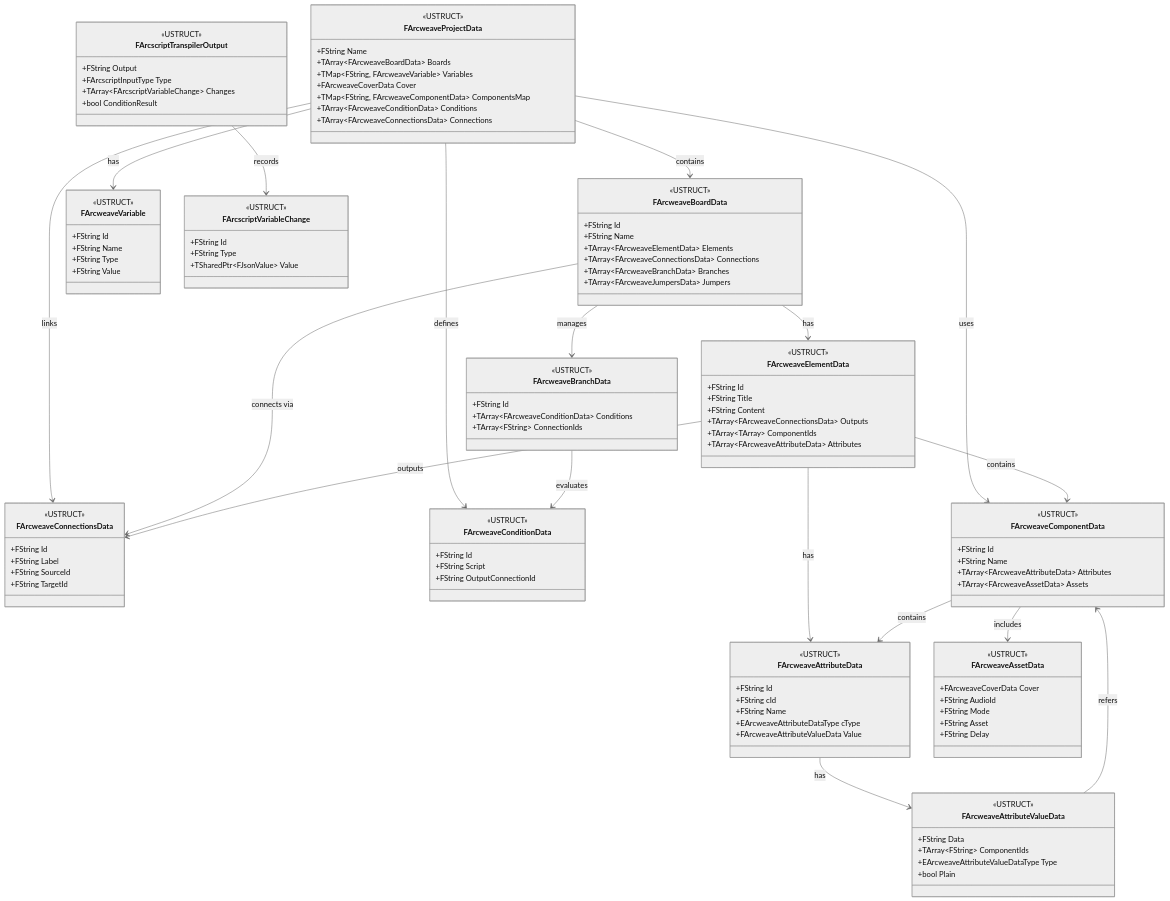
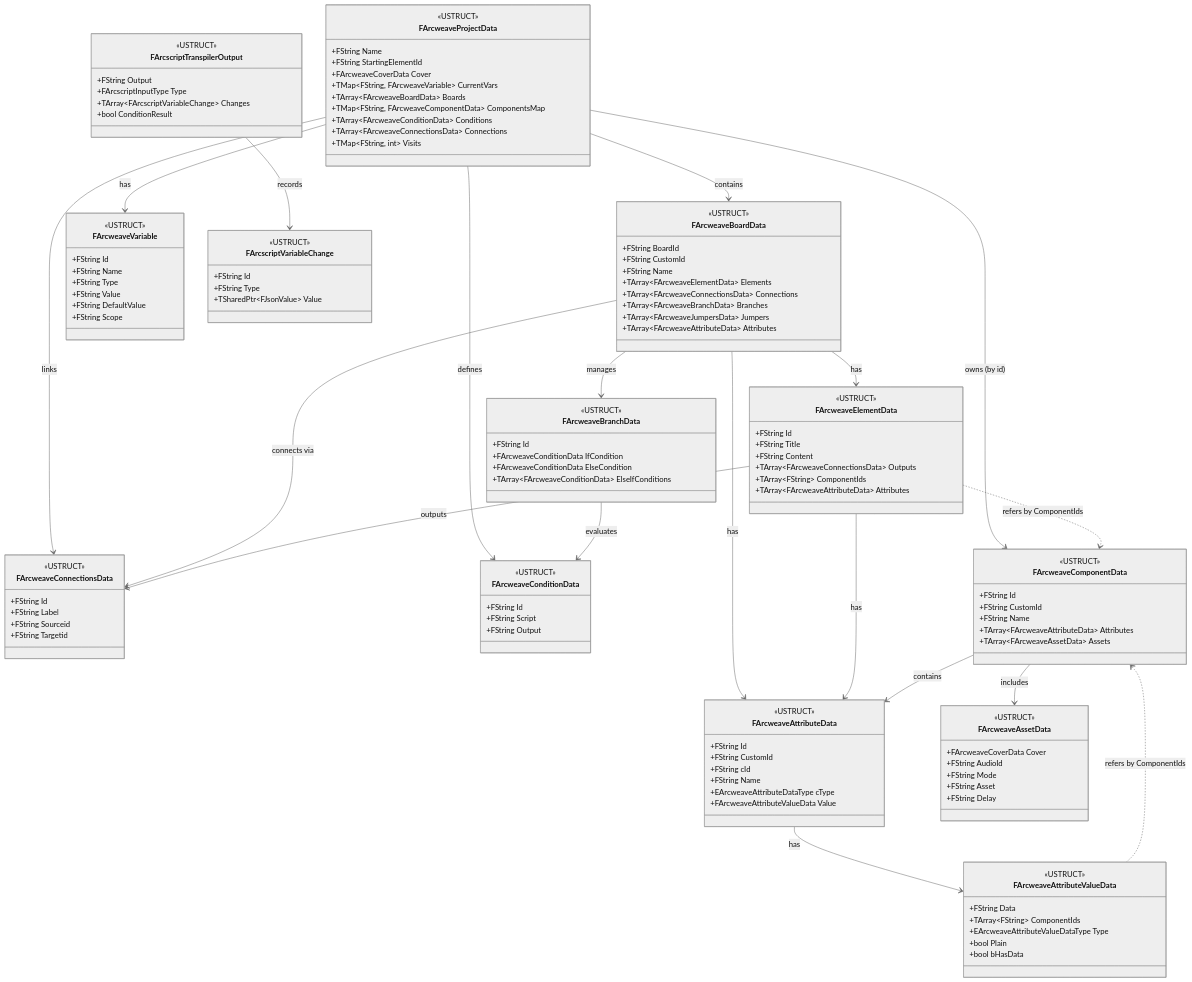
The diagram in docs/DataDiagramClassUML.md (arcweave/arcweave-unreal-plugin), drawn with Mermaid (neutral theme) before and after one commit. The commit also changed other lines of this file and 6 other files, not shown here.

````diff
--- a/docs/DataDiagramClassUML.md
+++ b/docs/DataDiagramClassUML.md
@@ -1,265 +1,144 @@
 ```mermaid
-
-
-
 classDiagram
-
 direction TB
 
-   class FArcweaveProjectData {
+class FArcweaveProjectData {
+    +FString Name
+    +FString StartingElementId
+    +FArcweaveCoverData Cover
+    +TMap~FString, FArcweaveVariable~ CurrentVars
+    +TArray~FArcweaveBoardData~ Boards
+    +TMap~FString, FArcweaveComponentData~ ComponentsMap
+    +TArray~FArcweaveConditionData~ Conditions
+    +TArray~FArcweaveConnectionsData~ Connections
+    +TMap~FString, int~ Visits
+}
 
+class FArcweaveBoardData {
+    +FString BoardId
+    +FString CustomId
     +FString Name
+    +TArray~FArcweaveElementData~ Elements
+    +TArray~FArcweaveConnectionsData~ Connections
+    +TArray~FArcweaveBranchData~ Branches
+    +TArray~FArcweaveJumpersData~ Jumpers
+    +TArray~FArcweaveAttributeData~ Attributes
+}
 
-    +TArray\~FArcweaveBoardData\~ Boards
+class FArcweaveElementData {
+    +FString Id
+    +FString Title
+    +FString Content
+    +TArray~FArcweaveConnectionsData~ Outputs
+    +TArray~FString~ ComponentIds
+    +TArray~FArcweaveAttributeData~ Attributes
+}
 
-    +TMap\~FString, FArcweaveVariable\~ Variables
+class FArcweaveConnectionsData {
+    +FString Id
+    +FString Label
+    +FString Sourceid
+    +FString Targetid
+}
 
+class FArcweaveVariable {
+    +FString Id
+    +FString Name
+    +FString Type
+    +FString Value
+    +FString DefaultValue
+    +FString Scope
+}
+
+class FArcweaveBranchData {
+    +FString Id
+    +FArcweaveConditionData IfCondition
+    +FArcweaveConditionData ElseCondition
+    +TArray~FArcweaveConditionData~ ElseIfConditions
+}
+
+class FArcweaveConditionData {
+    +FString Id
+    +FString Script
+    +FString Output
+}
+
+class FArcweaveComponentData {
+    +FString Id
+    +FString CustomId
+    +FString Name
+    +TArray~FArcweaveAttributeData~ Attributes
+    +TArray~FArcweaveAssetData~ Assets
+}
+
+class FArcscriptTranspilerOutput {
+    +FString Output
+    +FArcscriptInputType Type
+    +TArray~FArcscriptVariableChange~ Changes
+    +bool ConditionResult
+}
+
+class FArcweaveAttributeData {
+    +FString Id
+    +FString CustomId
+    +FString cId
+    +FString Name
+    +EArcweaveAttributeDataType cType
+    +FArcweaveAttributeValueData Value
+}
+
+class FArcweaveAssetData {
     +FArcweaveCoverData Cover
+    +FString AudioId
+    +FString Mode
+    +FString Asset
+    +FString Delay
+}
 
-    +TMap\~FString, FArcweaveComponentData\~ ComponentsMap
+class FArcscriptVariableChange {
+    +FString Id
+    +FString Type
+    +TSharedPtr~FJsonValue~ Value
+}
 
-    +TArray\~FArcweaveConditionData\~ Conditions
-
-    +TArray\~FArcweaveConnectionsData\~ Connections
-
-   }
-
-
-
-   class FArcweaveBoardData {
-
-    +FString Id
-
-    +FString Name
-
-    +TArray\~FArcweaveElementData\~ Elements
-
-    +TArray\~FArcweaveConnectionsData\~ Connections
-
-    +TArray\~FArcweaveBranchData\~ Branches
-
-    +TArray\~FArcweaveJumpersData\~ Jumpers
-
-   }
-
-
-
-   class FArcweaveElementData {
-
-    +FString Id
-
-    +FString Title
-
-    +FString Content
-
-    +TArray\~FArcweaveConnectionsData\~ Outputs
-
-    +TArray\~TArray<FString>\~ ComponentIds
-
-    +TArray\~FArcweaveAttributeData\~ Attributes
-
-   }
-
-
-
-   class FArcweaveConnectionsData {
-
-    +FString Id
-
-    +FString Label
-
-    +FString SourceId
-
-    +FString TargetId
-
-   }
-
-
-
-   class FArcweaveVariable {
-
-    +FString Id
-
-    +FString Name
-
-    +FString Type
-
-    +FString Value
-
-   }
-
-
-
-   class FArcweaveBranchData {
-
-    +FString Id
-
-    +TArray\~FArcweaveConditionData\~ Conditions
-
-    +TArray\~FString\~ ConnectionIds
-
-   }
-
-
-
-   class FArcweaveConditionData {
-
-    +FString Id
-
-    +FString Script
-
-    +FString OutputConnectionId
-
-   }
-
-
-
-   class FArcweaveComponentData {
-
-    +FString Id
-
-    +FString Name
-
-    +TArray\~FArcweaveAttributeData\~ Attributes
-
-    +TArray\~FArcweaveAssetData\~ Assets
-
-   }
-
-
-
-   class FArcscriptTranspilerOutput {
-
-    +FString Output
-
-    +FArcscriptInputType Type
-
-    +TArray\~FArcscriptVariableChange\~ Changes
-
-    +bool ConditionResult
-
-   }
-
-
-
-   class FArcweaveAttributeData {
-
-    +FString Id
-
-    +FString cId
-
-    +FString Name
-
-    +EArcweaveAttributeDataType cType
-
-    +FArcweaveAttributeValueData Value
-
-   }
-
-
-
-   class FArcweaveAssetData {
-
-    +FArcweaveCoverData Cover
-
-    +FString AudioId
-
-    +FString Mode
-
-    +FString Asset
-
-    +FString Delay
-
-   }
-
-
-
-   class FArcscriptVariableChange {
-
-    +FString Id
-
-    +FString Type
-
-    +TSharedPtr\~FJsonValue\~ Value
-
-   }
-
-
-
-   class FArcweaveAttributeValueData {
-
+class FArcweaveAttributeValueData {
     +FString Data
-
-    +TArray\~FString\~ ComponentIds
-
+    +TArray~FString~ ComponentIds
     +EArcweaveAttributeValueDataType Type
-
     +bool Plain
-
-   }
-
-
+    +bool bHasData
+}
 
 <<USTRUCT>> FArcweaveProjectData
-
 <<USTRUCT>> FArcweaveBoardData
-
 <<USTRUCT>> FArcweaveElementData
-
 <<USTRUCT>> FArcweaveConnectionsData
-
 <<USTRUCT>> FArcweaveVariable
-
 <<USTRUCT>> FArcweaveBranchData
-
 <<USTRUCT>> FArcweaveConditionData
-
 <<USTRUCT>> FArcweaveComponentData
-
 <<USTRUCT>> FArcscriptTranspilerOutput
-
 <<USTRUCT>> FArcweaveAttributeValueData
-
 <<USTRUCT>> FArcweaveAttributeData
-
 <<USTRUCT>> FArcweaveAssetData
-
 <<USTRUCT>> FArcscriptVariableChange
 
-
-
-   FArcweaveProjectData --> FArcweaveBoardData : contains
-
-   FArcweaveProjectData --> FArcweaveVariable : has
-
-   FArcweaveProjectData --> FArcweaveComponentData : uses
-
-   FArcweaveProjectData --> FArcweaveConditionData : defines
-
-   FArcweaveProjectData --> FArcweaveConnectionsData : links
-
-   FArcweaveBoardData --> FArcweaveElementData : has
-
-   FArcweaveBoardData --> FArcweaveConnectionsData : connects via
-
-   FArcweaveBoardData --> FArcweaveBranchData : manages
-
-   FArcweaveBranchData --> FArcweaveConditionData : evaluates
-
-   FArcweaveElementData --> FArcweaveConnectionsData : outputs
-
-   FArcweaveElementData --> FArcweaveComponentData : contains
-
-   FArcweaveElementData --> FArcweaveAttributeData : has
-
-   FArcweaveComponentData --> FArcweaveAttributeData : contains
-
-   FArcweaveComponentData --> FArcweaveAssetData : includes
-
-   FArcscriptTranspilerOutput --> FArcscriptVariableChange : records
-
-   FArcweaveAttributeValueData --> FArcweaveComponentData : refers
-
-   FArcweaveAttributeData --> FArcweaveAttributeValueData : has
-
+FArcweaveProjectData --> FArcweaveBoardData : contains
+FArcweaveProjectData --> FArcweaveVariable : has
+FArcweaveProjectData --> FArcweaveComponentData : owns (by id)
+FArcweaveProjectData --> FArcweaveConditionData : defines
+FArcweaveProjectData --> FArcweaveConnectionsData : links
+FArcweaveBoardData --> FArcweaveElementData : has
+FArcweaveBoardData --> FArcweaveConnectionsData : connects via
+FArcweaveBoardData --> FArcweaveBranchData : manages
+FArcweaveBoardData --> FArcweaveAttributeData : has
+FArcweaveBranchData --> FArcweaveConditionData : evaluates
+FArcweaveElementData --> FArcweaveConnectionsData : outputs
+FArcweaveElementData ..> FArcweaveComponentData : refers by ComponentIds
+FArcweaveElementData --> FArcweaveAttributeData : has
+FArcweaveComponentData --> FArcweaveAttributeData : contains
+FArcweaveComponentData --> FArcweaveAssetData : includes
+FArcscriptTranspilerOutput --> FArcscriptVariableChange : records
+FArcweaveAttributeValueData ..> FArcweaveComponentData : refers by ComponentIds
+FArcweaveAttributeData --> FArcweaveAttributeValueData : has
 ```
````
